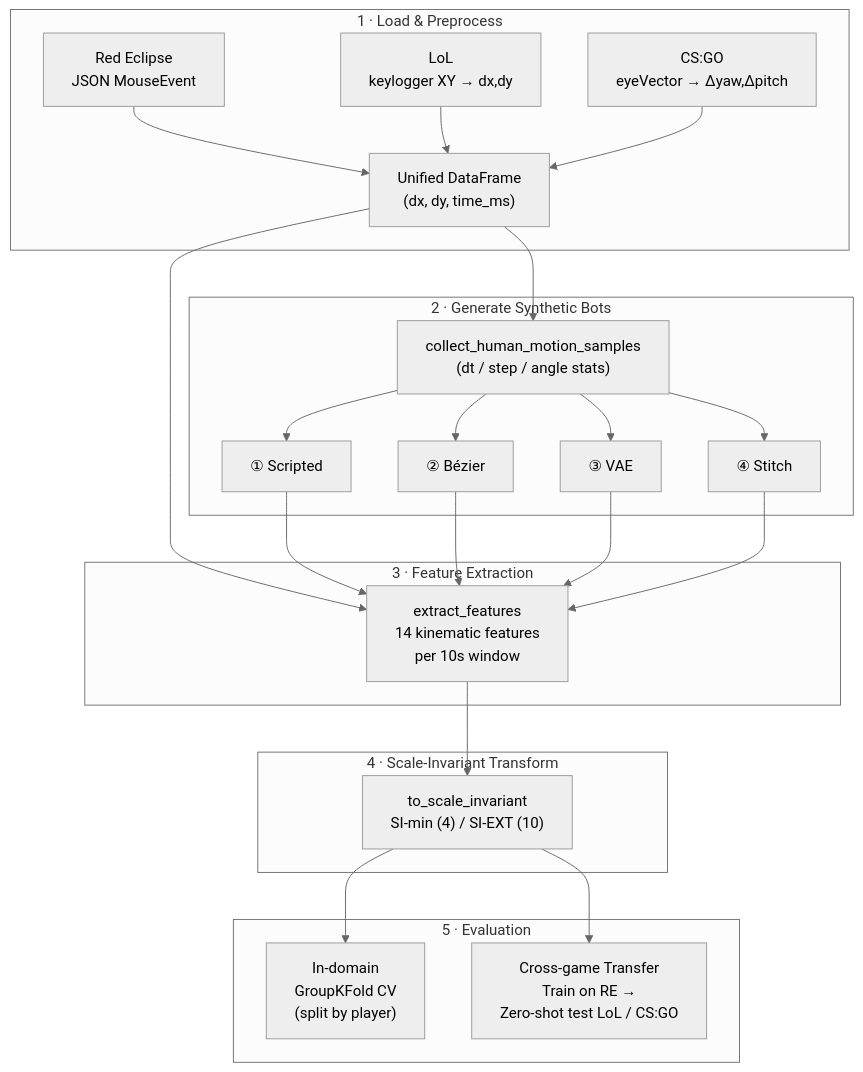
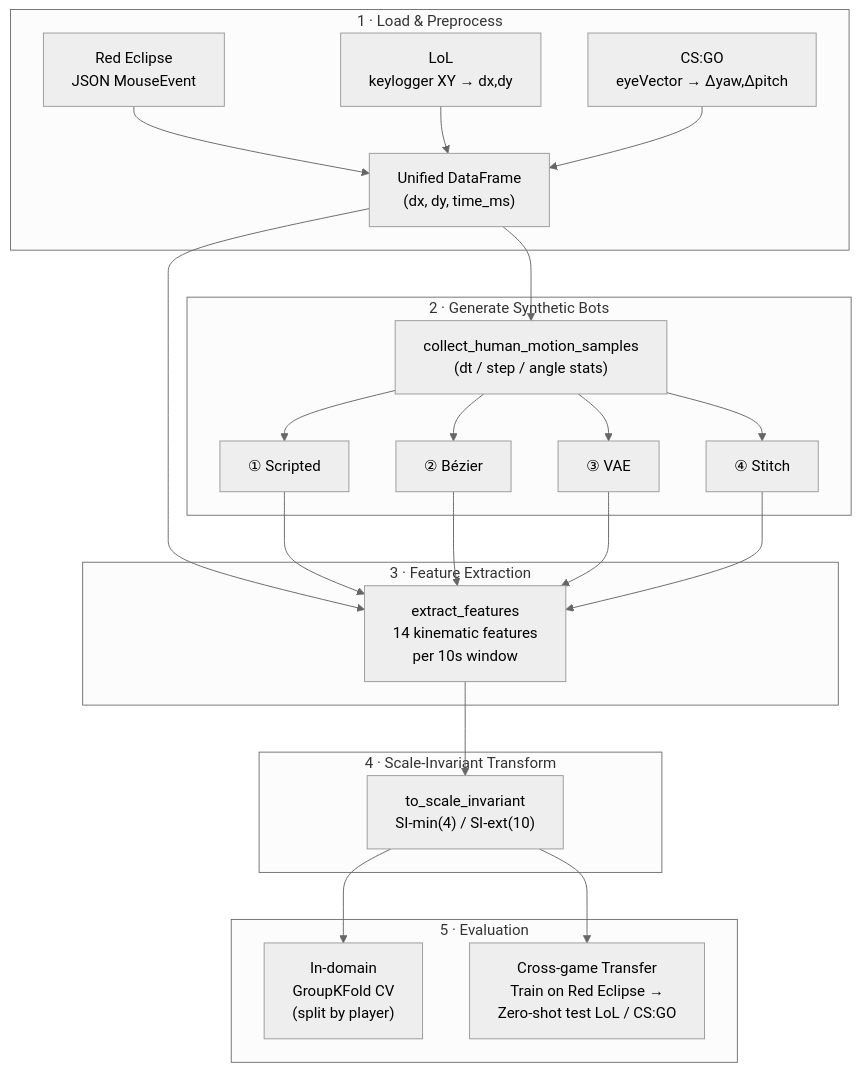
Before and after one commit to yuchragin715/cross-game-bot-detection: the diagram in README.md, drawn with Mermaid (neutral theme). The commit also changed other lines of this file and 5 other files, not shown here.

````diff
--- a/README.md
+++ b/README.md
@@ -44,36 +44,36 @@
 ```mermaid
 flowchart TD
     subgraph Load ["1 · Load & Preprocess"]
         RE["Red Eclipse\n JSON MouseEvent"]
         LoL["LoL\n keylogger XY → dx,dy"]
         CSGO["CS:GO\n eyeVector → Δyaw,Δpitch"]
         RE --> U["Unified DataFrame\n(dx, dy, time_ms)"]
         LoL --> U
         CSGO --> U
     end
 
     subgraph Bot ["2 · Generate Synthetic Bots"]
         U --> HMS["collect_human_motion_samples\n(dt / step / angle stats)"]
         HMS --> S1["① Scripted"]
         HMS --> S2["② Bézier"]
         HMS --> S3["③ VAE"]
         HMS --> S4["④ Stitch"]
     end
 
     subgraph Feat ["3 · Feature Extraction"]
         U --> FE["extract_features\n14 kinematic features\nper 10s window"]
         S1 --> FE
         S2 --> FE
         S3 --> FE
         S4 --> FE
     end
 
     subgraph SI ["4 · Scale-Invariant Transform"]
-        FE --> SI_T["to_scale_invariant\nSI-min (4) / SI-EXT (10)"]
+        FE --> SI_T["to_scale_invariant\nSI-min(4) / SI-ext(10)"]
     end
 
     subgraph Eval ["5 · Evaluation"]
         SI_T --> ID["In-domain\nGroupKFold CV\n(split by player)"]
-        SI_T --> CG["Cross-game Transfer\nTrain on RE →\nZero-shot test LoL / CS:GO"]
+        SI_T --> CG["Cross-game Transfer\nTrain on Red Eclipse →\nZero-shot test LoL / CS:GO"]
     end
 ```
````
